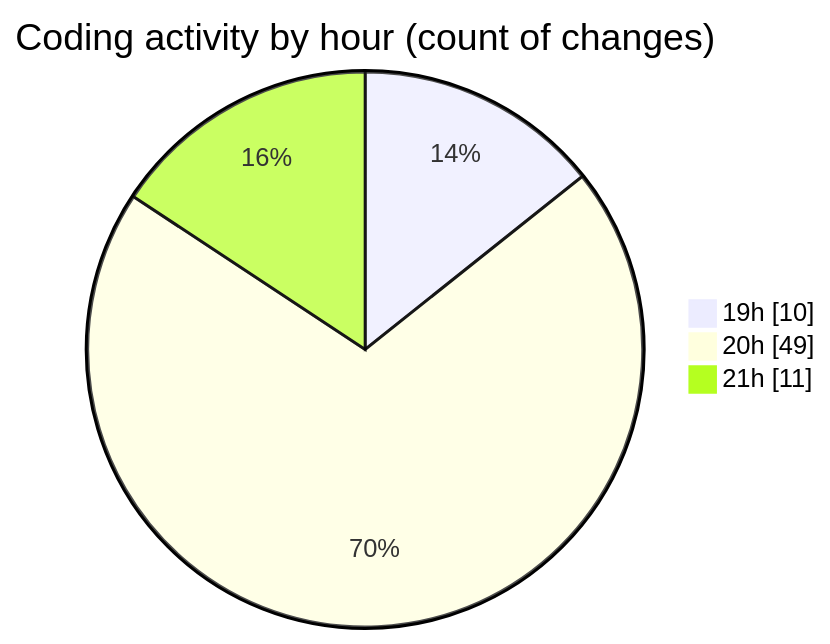
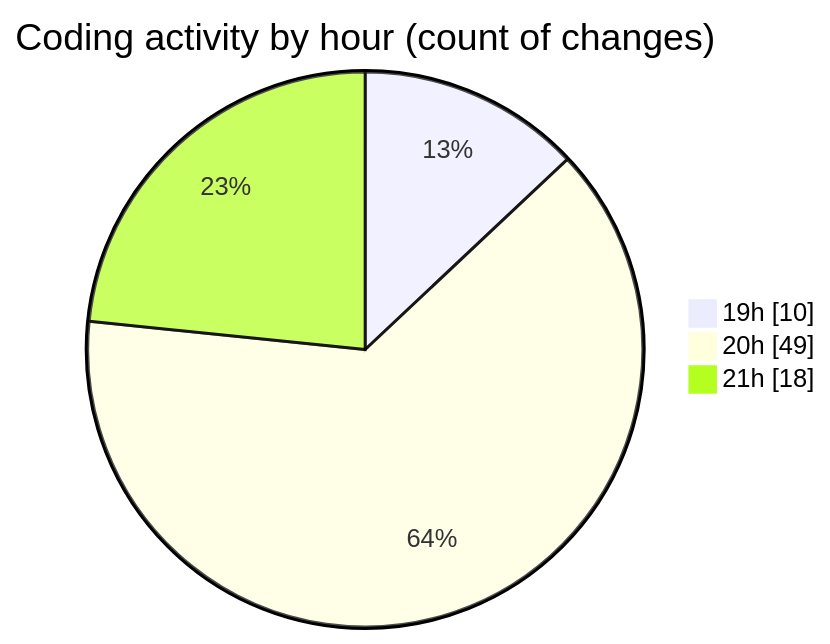
The second of 2 diagrams in 2025-01-28/trollerboard/README.md (charlie-sans/code-tracking), drawn with Mermaid before and after one commit. The commit also changed other lines of this file and 1 other file, not shown here.

````diff
--- a/2025-01-28/trollerboard/README.md
+++ b/2025-01-28/trollerboard/README.md
@@ -40,7 +42,7 @@
 ```mermaid
 pie showData
 title Coding activity by hour (count of changes)
 "19h" : 10
 "20h" : 49
-"21h" : 11
+"21h" : 18
 ```
````
